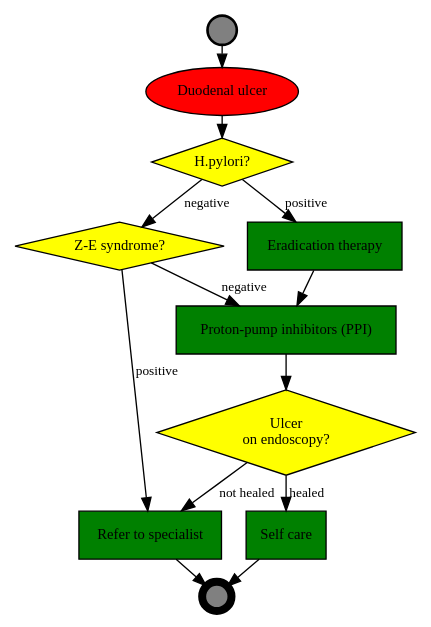
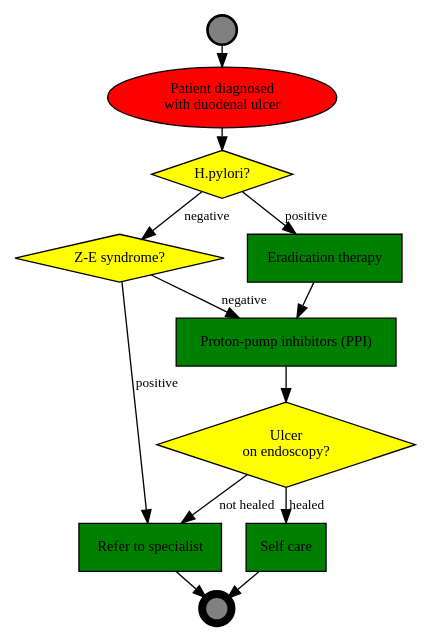
The diagram in algorytmy/du.dot (dradka/Program), drawn with Graphviz before and after one commit. The commit also changed 4 other files, not shown here.

```diff
--- a/algorytmy/du.dot
+++ b/algorytmy/du.dot
@@ -1,36 +1,36 @@
 // DU - duodenal ulcer (KR4HC 2014)
 
 digraph DU {
 	ranksep=0.1;
 node [shape=box, style=filled, fillcolor=green, fontname=Calibri, fontsize=11];
 edge [fontname="Calibri Italic", fontsize=10];
 
 // Context
-c_du [label="Duodenal ulcer", shape=oval, style=filled, fillcolor=red];
+c_du [label="Patient diagnosed \n with duodenal ulcer", shape=oval, style=filled, fillcolor=red];
 
 // Decisions
 d_hpylori [shape=diamond, fillcolor=yellow, label="H.pylori?"];
 d_ze_syndrome [shape=diamond, fillcolor=yellow, label="Z-E syndrome?"];
 d_endoscopy [shape=diamond, fillcolor=yellow, label="Ulcer \n on endoscopy?"];
 
 // Actions
 a_eradicaion [label="Eradication therapy"];
 a_ppi [label="Proton-pump inhibitors (PPI)"];
 a_self_care [label="Self care"];
 a_specialist [label="Refer to specialist"];
 
 // Event nodes
 e_start [shape=circle, label="", width=0.3, penwidth=2, fillcolor="gray"];
 e_end [shape=circle, label="", width=0.3, penwidth=6, fillcolor="gray"];
 
 e_start -> c_du -> d_hpylori;
 d_hpylori -> a_eradicaion [label=positive];
 d_hpylori -> d_ze_syndrome [label=negative];
 a_eradicaion -> a_ppi -> d_endoscopy;
 d_endoscopy -> a_self_care [label=healed];
 d_endoscopy -> a_specialist [label="not healed"];
 d_ze_syndrome -> a_ppi [label=negative];
 d_ze_syndrome -> a_specialist [label=positive];
 a_specialist -> e_end;
 a_self_care -> e_end;
 }
```
